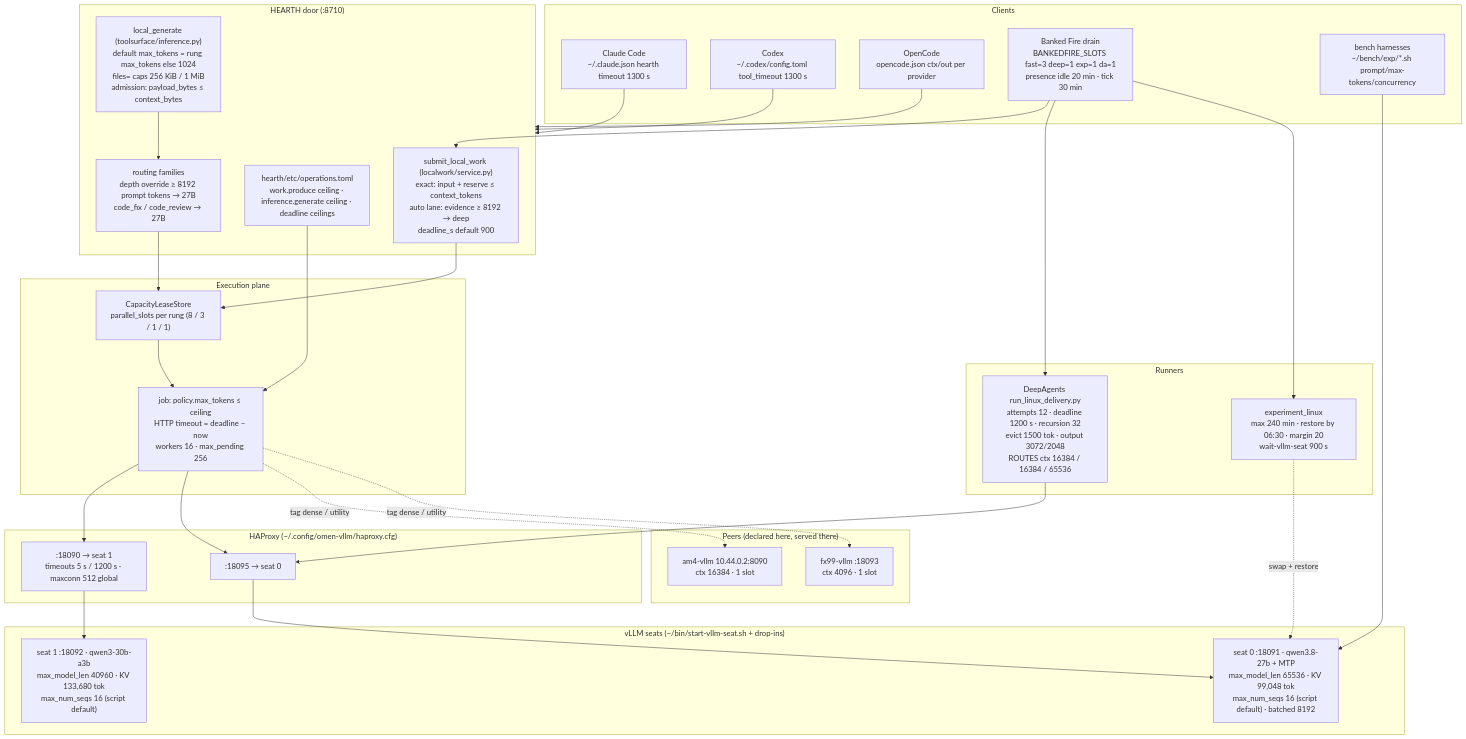
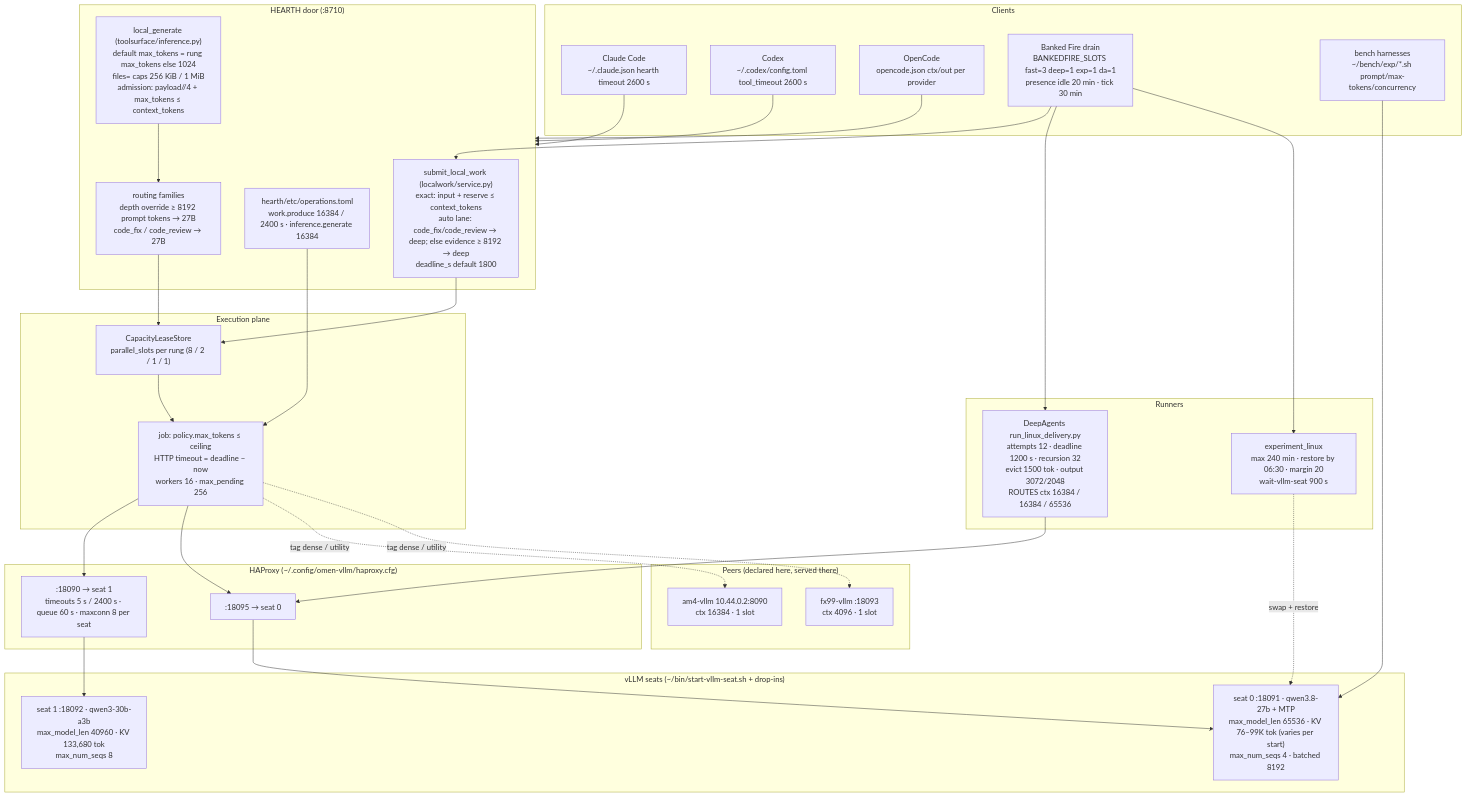
One commit to djcdevelopment/commandcenter changed the first of 2 diagrams in docs/sizing-map.md. Above: the diagram before and after it, drawn with Mermaid. The commit also changed other lines of this file and 16 other files, not shown here.

````diff
--- a/docs/sizing-map.md
+++ b/docs/sizing-map.md
@@ -22,50 +25,50 @@
 ```mermaid
 flowchart TB
   subgraph clients["Clients"]
-    CC["Claude Code<br/>~/.claude.json hearth timeout 1300 s"]
-    CX["Codex<br/>~/.codex/config.toml tool_timeout 1300 s"]
+    CC["Claude Code<br/>~/.claude.json hearth timeout 2600 s"]
+    CX["Codex<br/>~/.codex/config.toml tool_timeout 2600 s"]
     OC["OpenCode<br/>opencode.json ctx/out per provider"]
     BF["Banked Fire drain<br/>BANKEDFIRE_SLOTS fast=3 deep=1 exp=1 da=1<br/>presence idle 20 min · tick 30 min"]
     BENCH["bench harnesses<br/>~/bench/exp/*.sh prompt/max-tokens/concurrency"]
   end
   subgraph door["HEARTH door (:8710)"]
-    OPS["hearth/etc/operations.toml<br/>work.produce ceiling · inference.generate ceiling · deadline ceilings"]
-    LG["local_generate (toolsurface/inference.py)<br/>default max_tokens = rung max_tokens else 1024<br/>files= caps 256 KiB / 1 MiB<br/>admission: payload_bytes ≤ context_bytes"]
-    LW["submit_local_work (localwork/service.py)<br/>exact: input + reserve ≤ context_tokens<br/>auto lane: evidence ≥ 8192 → deep<br/>deadline_s default 900"]
+    OPS["hearth/etc/operations.toml<br/>work.produce 16384 / 2400 s · inference.generate 16384"]
+    LG["local_generate (toolsurface/inference.py)<br/>default max_tokens = rung max_tokens else 1024<br/>files= caps 256 KiB / 1 MiB<br/>admission: payload//4 + max_tokens ≤ context_tokens"]
+    LW["submit_local_work (localwork/service.py)<br/>exact: input + reserve ≤ context_tokens<br/>auto lane: code_fix/code_review → deep; else evidence ≥ 8192 → deep<br/>deadline_s default 1800"]
     FAM["routing families<br/>depth override ≥ 8192 prompt tokens → 27B<br/>code_fix / code_review → 27B"]
   end
   subgraph exec["Execution plane"]
-    LEASE["CapacityLeaseStore<br/>parallel_slots per rung (8 / 3 / 1 / 1)"]
+    LEASE["CapacityLeaseStore<br/>parallel_slots per rung (8 / 2 / 1 / 1)"]
     JOB["job: policy.max_tokens ≤ ceiling<br/>HTTP timeout = deadline − now<br/>workers 16 · max_pending 256"]
   end
   subgraph router["HAProxy (~/.config/omen-vllm/haproxy.cfg)"]
-    R90[":18090 → seat 1<br/>timeouts 5 s / 1200 s · maxconn 512 global"]
+    R90[":18090 → seat 1<br/>timeouts 5 s / 2400 s · queue 60 s · maxconn 8 per seat"]
     R95[":18095 → seat 0"]
   end
   subgraph seats["vLLM seats (~/bin/start-vllm-seat.sh + drop-ins)"]
-    S1["seat 1 :18092 · qwen3-30b-a3b<br/>max_model_len 40960 · KV 133,680 tok<br/>max_num_seqs 16 (script default)"]
-    S0["seat 0 :18091 · qwen3.8-27b + MTP<br/>max_model_len 65536 · KV 99,048 tok<br/>max_num_seqs 16 (script default) · batched 8192"]
+    S1["seat 1 :18092 · qwen3-30b-a3b<br/>max_model_len 40960 · KV 133,680 tok<br/>max_num_seqs 8"]
+    S0["seat 0 :18091 · qwen3.8-27b + MTP<br/>max_model_len 65536 · KV 76–99K tok (varies per start)<br/>max_num_seqs 4 · batched 8192"]
   end
   subgraph peers["Peers (declared here, served there)"]
     AM4["am4-vllm 10.44.0.2:8090<br/>ctx 16384 · 1 slot"]
     FX["fx99-vllm :18093<br/>ctx 4096 · 1 slot"]
   end
   subgraph runners["Runners"]
     DA["DeepAgents run_linux_delivery.py<br/>attempts 12 · deadline 1200 s · recursion 32<br/>evict 1500 tok · output 3072/2048<br/>ROUTES ctx 16384 / 16384 / 65536"]
     EXP["experiment_linux<br/>max 240 min · restore by 06:30 · margin 20<br/>wait-vllm-seat 900 s"]
   end
   CC & CX & OC --> door
   BF --> LW
   BF --> DA
   BF --> EXP
   BENCH --> S0
   OPS --> JOB
   LG --> FAM --> LEASE
   LW --> LEASE --> JOB
   JOB --> R90 & R95
   JOB -.tag dense / utility.-> AM4 & FX
   R90 --> S1
   R95 --> S0
   DA --> R95
   EXP -.swap + restore.-> S0
 ```
````
